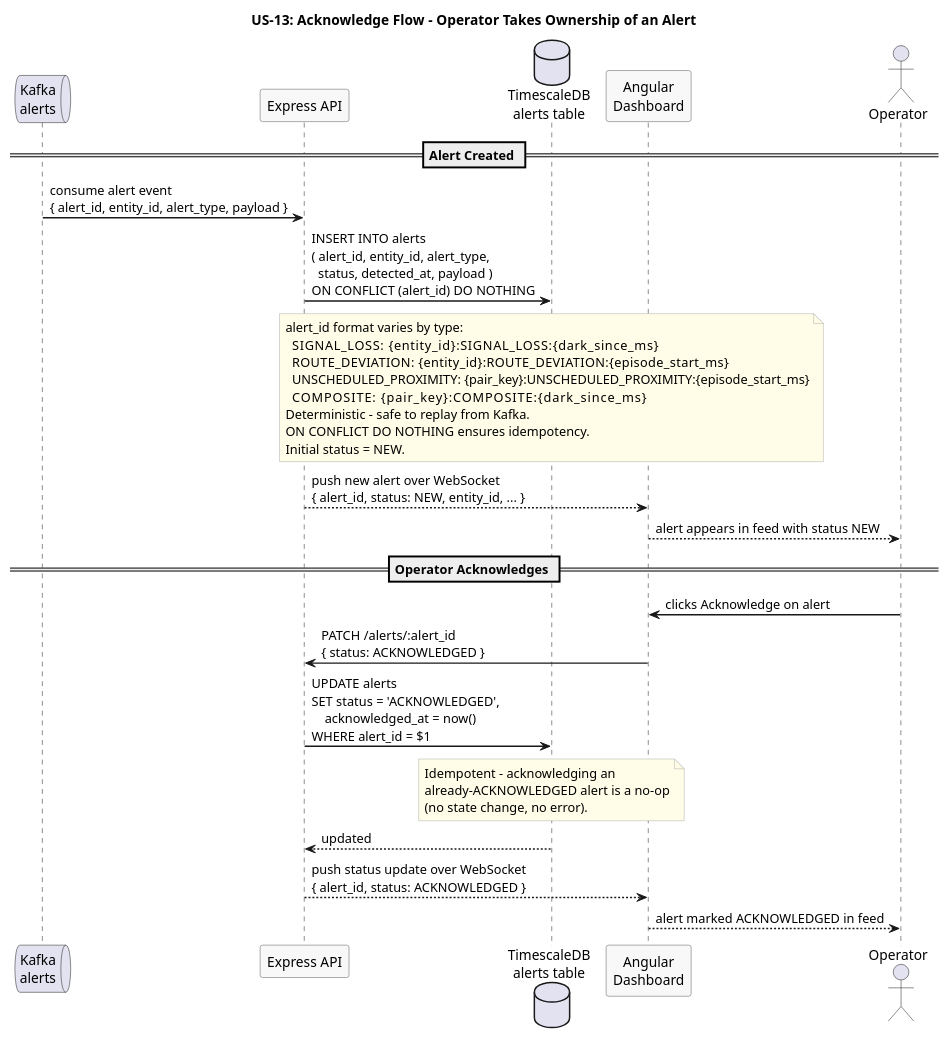
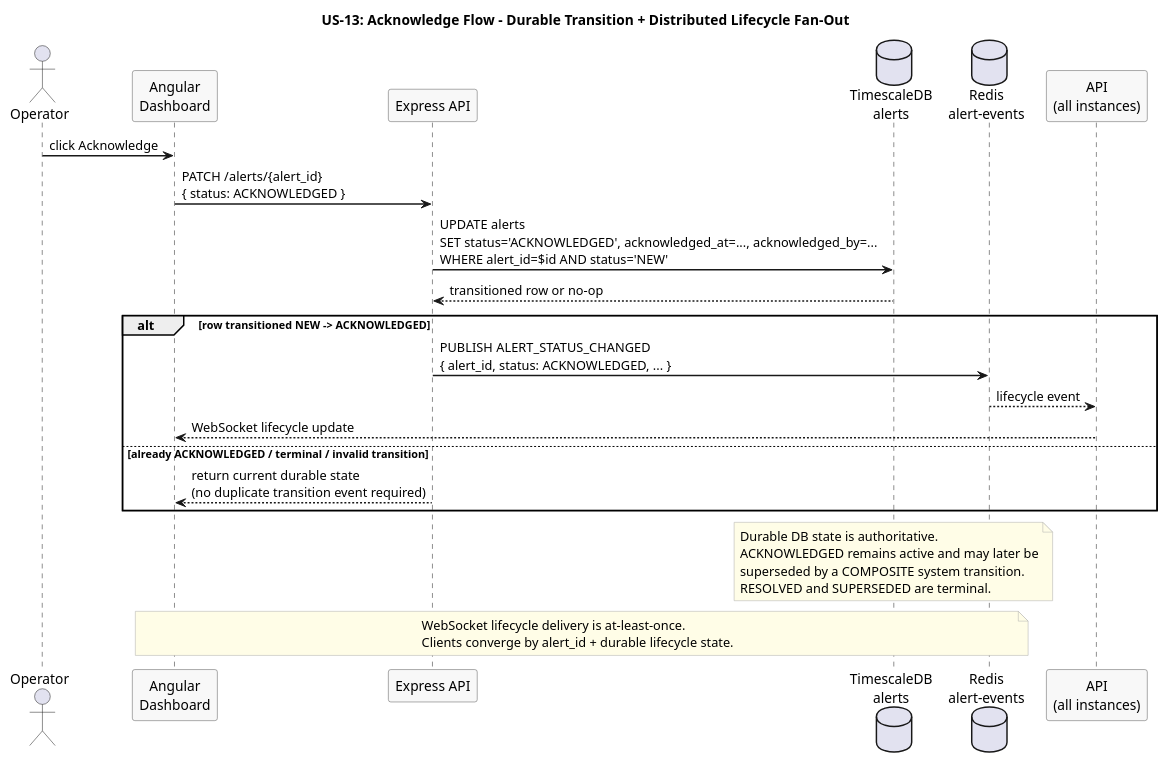
Before and after one commit to Buffden/sentinel: the diagram in docs/use-cases/US-13-alert-lifecycle/acknowledge-flow.puml, drawn with PlantUML. The commit also changed 4 other files, not shown here.

Commit message:
docs: correct replay and lifecycle edge cases

```diff
--- a/docs/use-cases/US-13-alert-lifecycle/acknowledge-flow.puml
+++ b/docs/use-cases/US-13-alert-lifecycle/acknowledge-flow.puml
@@ -1,53 +1,43 @@
 @startuml acknowledge-flow
-title US-13: Acknowledge Flow - Operator Takes Ownership of an Alert
+title US-13: Acknowledge Flow - Durable Transition + Distributed Lifecycle Fan-Out
 
 skinparam sequenceArrowThickness 1.5
 skinparam participantBorderColor #555555
 skinparam participantBackgroundColor #F8F8F8
 skinparam noteBorderColor #AAAAAA
 skinparam noteBackgroundColor #FFFDE7
 
-queue "Kafka\nalerts" as Kafka
+actor Operator
+participant "Angular\nDashboard" as Dashboard
 participant "Express API" as API
-database "TimescaleDB\nalerts table" as TSDB
-participant "Angular\nDashboard" as Dashboard
-actor Operator
+database "TimescaleDB\nalerts" as TSDB
+database "Redis\nalert-events" as AlertEvents
+participant "API\n(all instances)" as APIAll
 
-== Alert Created ==
+Operator -> Dashboard : click Acknowledge
+Dashboard -> API : PATCH /alerts/{alert_id}\n{ status: ACKNOWLEDGED }
 
-Kafka -> API : consume alert event\n{ alert_id, entity_id, alert_type, payload }
+API -> TSDB : UPDATE alerts\nSET status='ACKNOWLEDGED', acknowledged_at=..., acknowledged_by=...\nWHERE alert_id=$id AND status='NEW'
+TSDB --> API : transitioned row or no-op
 
-API -> TSDB : INSERT INTO alerts\n( alert_id, entity_id, alert_type,\n  status, detected_at, payload )\nON CONFLICT (alert_id) DO NOTHING
+alt row transitioned NEW -> ACKNOWLEDGED
+  API -> AlertEvents : PUBLISH ALERT_STATUS_CHANGED\n{ alert_id, status: ACKNOWLEDGED, ... }
+  AlertEvents --> APIAll : lifecycle event
+  APIAll --> Dashboard : WebSocket lifecycle update
+else already ACKNOWLEDGED / terminal / invalid transition
+  API --> Dashboard : return current durable state\n(no duplicate transition event required)
+end
 
 note over TSDB
-  alert_id format varies by type:
-    SIGNAL_LOSS:           {entity_id}:SIGNAL_LOSS:{dark_since_ms}
-    ROUTE_DEVIATION:       {entity_id}:ROUTE_DEVIATION:{episode_start_ms}
-    UNSCHEDULED_PROXIMITY: {pair_key}:UNSCHEDULED_PROXIMITY:{episode_start_ms}
-    COMPOSITE:             {pair_key}:COMPOSITE:{dark_since_ms}
-  Deterministic - safe to replay from Kafka.
-  ON CONFLICT DO NOTHING ensures idempotency.
-  Initial status = NEW.
+  Durable DB state is authoritative.
+  ACKNOWLEDGED remains active and may later be
+  superseded by a COMPOSITE system transition.
+  RESOLVED and SUPERSEDED are terminal.
 end note
 
-API --> Dashboard : push new alert over WebSocket\n{ alert_id, status: NEW, entity_id, ... }
-Dashboard --> Operator : alert appears in feed with status NEW
-
-== Operator Acknowledges ==
-
-Operator -> Dashboard : clicks Acknowledge on alert
-Dashboard -> API : PATCH /alerts/:alert_id\n{ status: ACKNOWLEDGED }
-
-API -> TSDB : UPDATE alerts\nSET status = 'ACKNOWLEDGED',\n    acknowledged_at = now()\nWHERE alert_id = $1
-
-note over TSDB
-  Idempotent - acknowledging an
-  already-ACKNOWLEDGED alert is a no-op
-  (no state change, no error).
+note over AlertEvents, Dashboard
+  WebSocket lifecycle delivery is at-least-once.
+  Clients converge by alert_id + durable lifecycle state.
 end note
 
-TSDB --> API : updated
-API --> Dashboard : push status update over WebSocket\n{ alert_id, status: ACKNOWLEDGED }
-Dashboard --> Operator : alert marked ACKNOWLEDGED in feed
-
 @enduml
```
